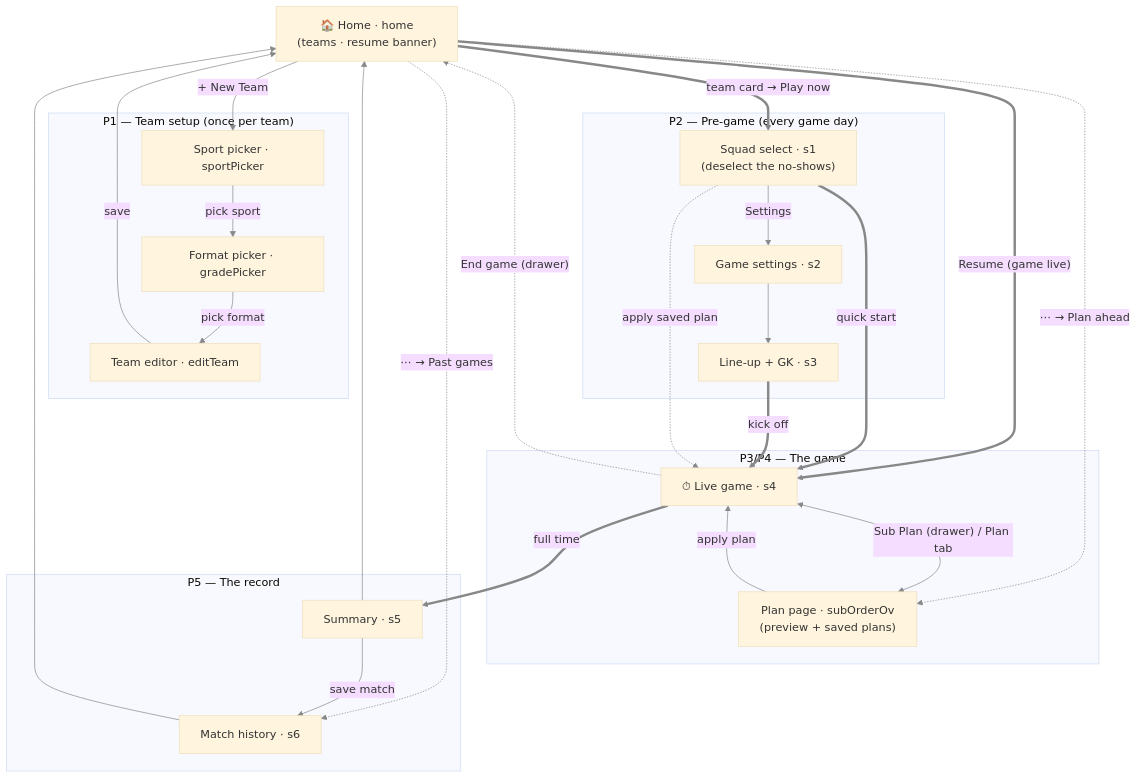
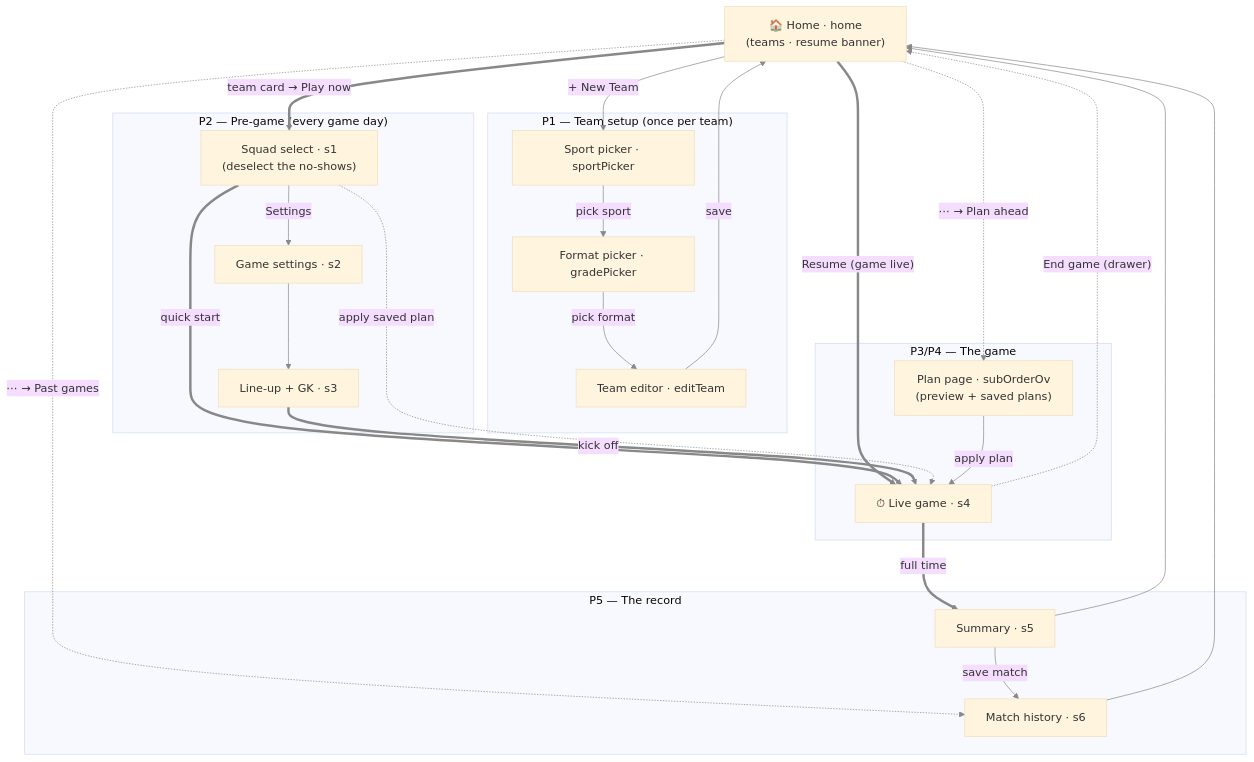
Before and after one commit to PettetArchitects/OSKIMOO_sub-timer: the first of 3 diagrams in docs/FLOW.md, drawn with Mermaid (base theme). The commit also changed other lines of this file and 8 other files, not shown here.

First line of the commit message:
Play mode 4: the Plan tab leaves the live game (v2.9.11-beta) (#35)

````diff
--- a/docs/FLOW.md
+++ b/docs/FLOW.md
@@ -7,54 +7,53 @@
 ```mermaid
 flowchart TD
     home["🏠 Home · home<br/>(teams · resume banner)"]
 
     subgraph setup ["P1 — Team setup (once per team)"]
         sportPicker["Sport picker · sportPicker"]
         gradePicker["Format picker · gradePicker"]
         editTeam["Team editor · editTeam"]
     end
 
     subgraph pregame ["P2 — Pre-game (every game day)"]
         s1["Squad select · s1<br/>(deselect the no-shows)"]
         s2["Game settings · s2"]
         s3["Line-up + GK · s3"]
     end
 
     subgraph game ["P3/P4 — The game"]
         s4["⏱ Live game · s4"]
         subOrderOv["Plan page · subOrderOv<br/>(preview + saved plans)"]
     end
 
     subgraph record ["P5 — The record"]
         s5["Summary · s5"]
         s6["Match history · s6"]
     end
 
     home -->|"+ New Team"| sportPicker
     sportPicker -->|"pick sport"| gradePicker
     gradePicker -->|"pick format"| editTeam
     editTeam -->|"save"| home
 
     home ==>|"team card → Play now"| s1
     home -.->|"⋯ → Past games"| s6
     home -.->|"⋯ → Plan ahead"| subOrderOv
     home ==>|"Resume (game live)"| s4
 
     s1 -->|"Settings"| s2
     s2 --> s3
     s1 ==>|"quick start"| s4
     s3 ==>|"kick off"| s4
     s1 -.->|"apply saved plan"| s4
 
-    s4 <-->|"Sub Plan (drawer) / Plan tab"| subOrderOv
     subOrderOv -->|"apply plan"| s4
 
     s4 ==>|"full time"| s5
     s5 -->|"save match"| s6
     s5 --> home
     s6 --> home
 
     s4 -.->|"End game (drawer)"| home
 
     linkStyle default stroke:#888
 ```
````
